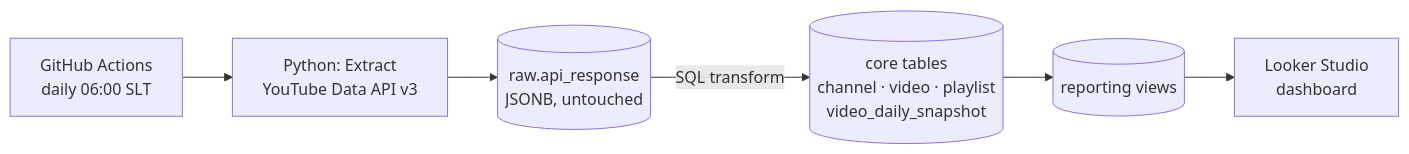
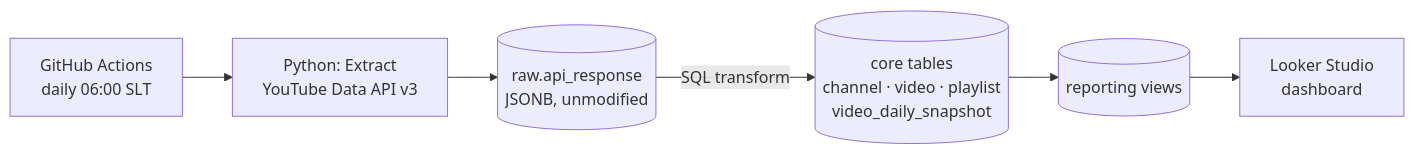
One commit to Bela2002/Daily-YouTube-Performance-Pipeline changed the diagram in README.md. Above: the diagram before and after it, drawn with Mermaid. The commit also changed other lines of this file and 13 other files, not shown here.

````diff
--- a/README.md
+++ b/README.md
@@ -8,8 +10,8 @@
 ```mermaid
 flowchart LR
     A[GitHub Actions<br/>daily 06:00 SLT] --> B[Python: Extract<br/>YouTube Data API v3]
-    B --> C[(raw.api_response<br/>JSONB, untouched)]
+    B --> C[(raw.api_response<br/>JSONB, unmodified)]
     C -->|SQL transform| D[(core tables<br/>channel · video · playlist<br/>video_daily_snapshot)]
     D --> E[(reporting views)]
     E --> F[Looker Studio<br/>dashboard]
 ```
````
